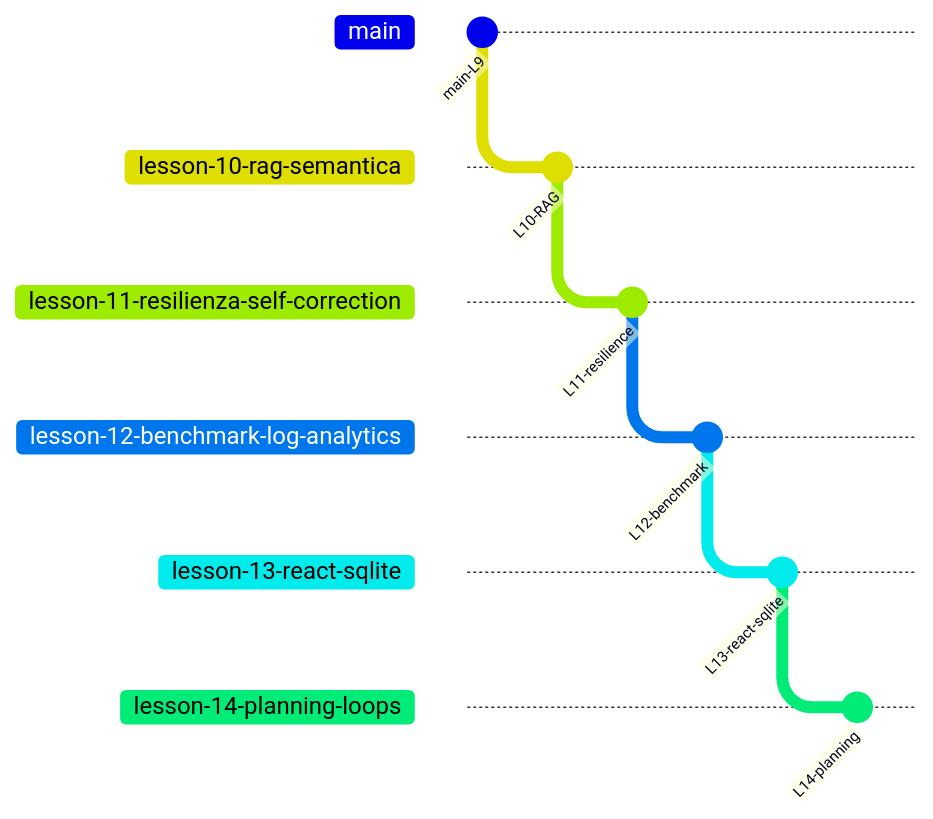
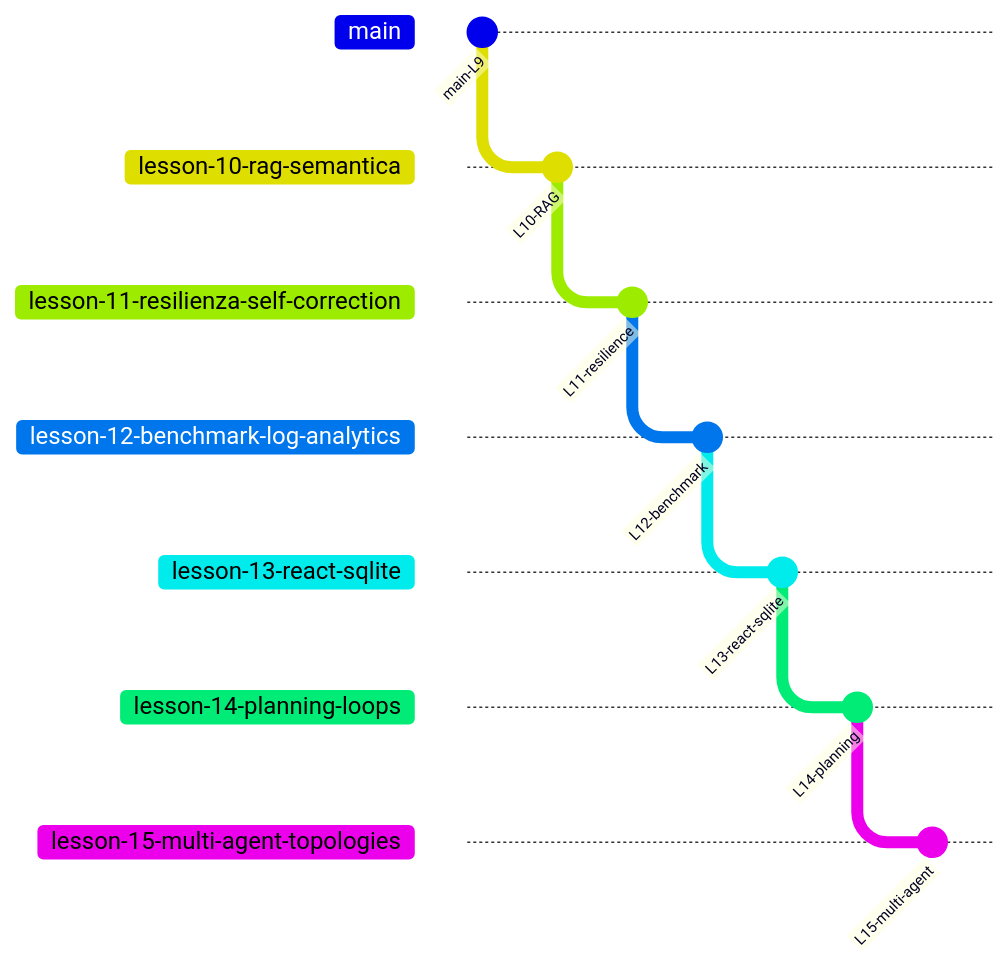
The diagram in docs/CORSO_LEZIONI.md (Impesud/agentic-triage-system), drawn with Mermaid before and after one commit. The commit also changed other lines of this file and 7 other files, not shown here.

First line of the commit message:
feat(lesson-15): modelli multi-agente, topologie e demo hand-off Blackboard

````diff
--- a/docs/CORSO_LEZIONI.md
+++ b/docs/CORSO_LEZIONI.md
@@ -17,19 +18,22 @@
 ```mermaid
 gitGraph
   commit id: "main-L9"
   branch lesson-10-rag-semantica
   checkout lesson-10-rag-semantica
   commit id: "L10-RAG"
   branch lesson-11-resilienza-self-correction
   checkout lesson-11-resilienza-self-correction
   commit id: "L11-resilience"
   branch lesson-12-benchmark-log-analytics
   checkout lesson-12-benchmark-log-analytics
   commit id: "L12-benchmark"
   branch lesson-13-react-sqlite
   checkout lesson-13-react-sqlite
   commit id: "L13-react-sqlite"
   branch lesson-14-planning-loops
   checkout lesson-14-planning-loops
   commit id: "L14-planning"
+  branch lesson-15-multi-agent-topologies
+  checkout lesson-15-multi-agent-topologies
+  commit id: "L15-multi-agent"
 ```
````
